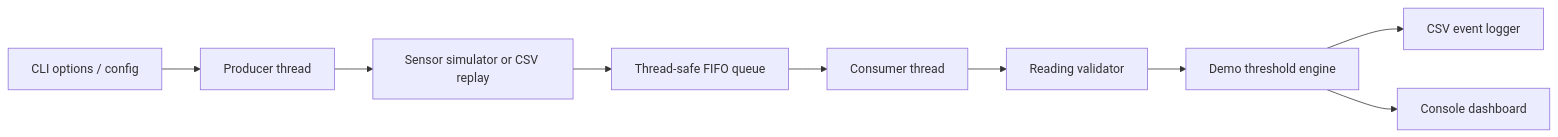
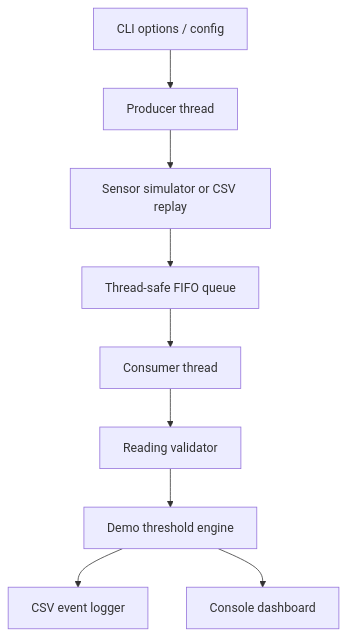
Before and after one commit to yusufthecoder474/VitalWatch: the diagram in README.md, drawn with Mermaid. The commit also changed other lines of this file and 277 other files, not shown here.

````diff
--- a/README.md
+++ b/README.md
@@ -65,11 +83,11 @@
 ```mermaid
-flowchart LR
+flowchart TD
     A[CLI options / config] --> B[Producer thread]
     B --> C[Sensor simulator or CSV replay]
     C --> D[Thread-safe FIFO queue]
     D --> E[Consumer thread]
     E --> F[Reading validator]
     F --> G[Demo threshold engine]
     G --> H[CSV event logger]
     G --> I[Console dashboard]
 ```
````
